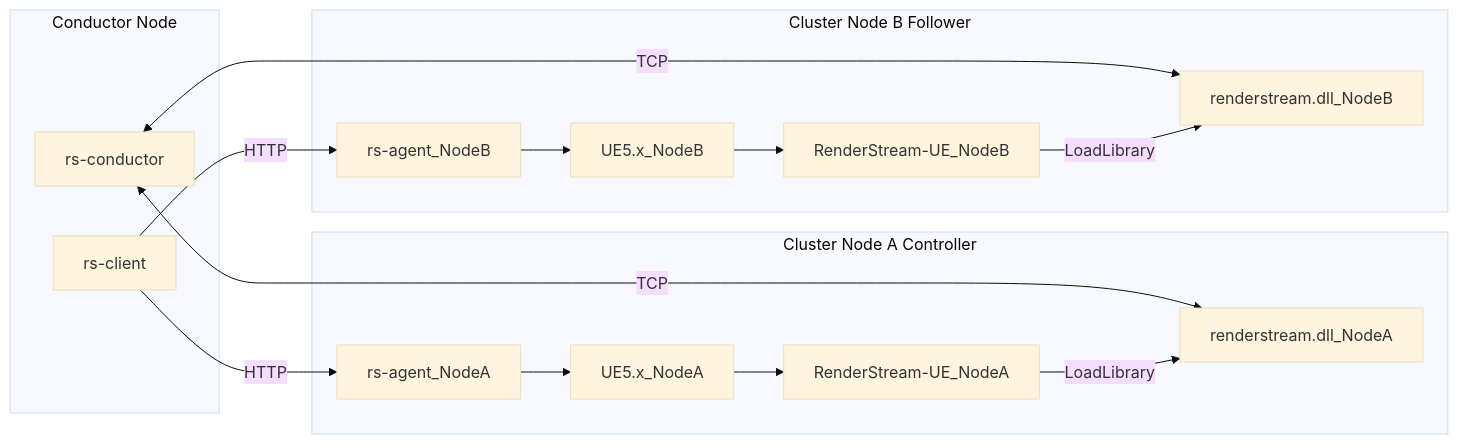
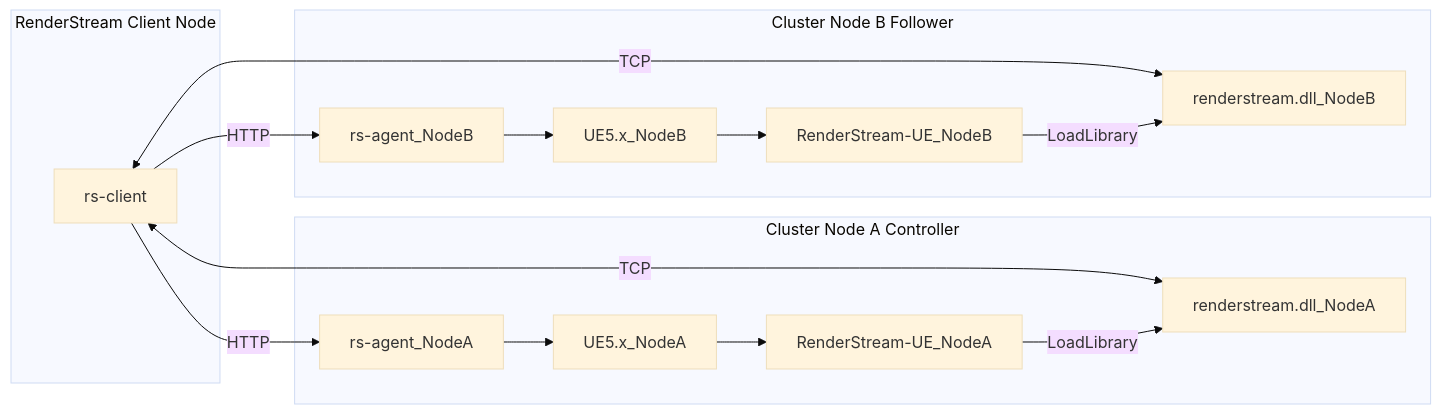
One commit to aniuzhong/RenderStream changed the diagram in README.md. Above: the diagram before and after it, drawn with Mermaid (base theme). The commit also changed other lines of this file, not shown here.

````diff
--- a/README.md
+++ b/README.md
@@ -16,34 +14,33 @@
 ```mermaid
 flowchart LR
-    subgraph Conductor Node
-        rs-conductor
+    subgraph RenderStream Client Node
         rs-client
     end
 
     subgraph Cluster Node A Controller
         rs-agent_NodeA
         UE5.x_NodeA
         RenderStream-UE_NodeA
         renderstream.dll_NodeA
     end
 
     subgraph Cluster Node B Follower
         rs-agent_NodeB
         UE5.x_NodeB
         RenderStream-UE_NodeB
         renderstream.dll_NodeB
     end
 
 rs-client -- HTTP --> rs-agent_NodeA
-rs-conductor <-- TCP --> renderstream.dll_NodeA
+rs-client <-- TCP --> renderstream.dll_NodeA
 rs-client -- HTTP --> rs-agent_NodeB
-rs-conductor <-- TCP --> renderstream.dll_NodeB
+rs-client <-- TCP --> renderstream.dll_NodeB
 
 rs-agent_NodeA --> UE5.x_NodeA
 UE5.x_NodeA --> RenderStream-UE_NodeA
 RenderStream-UE_NodeA -- LoadLibrary --> renderstream.dll_NodeA
 
 rs-agent_NodeB --> UE5.x_NodeB
 UE5.x_NodeB --> RenderStream-UE_NodeB
 RenderStream-UE_NodeB -- LoadLibrary --> renderstream.dll_NodeB
 ```
````
